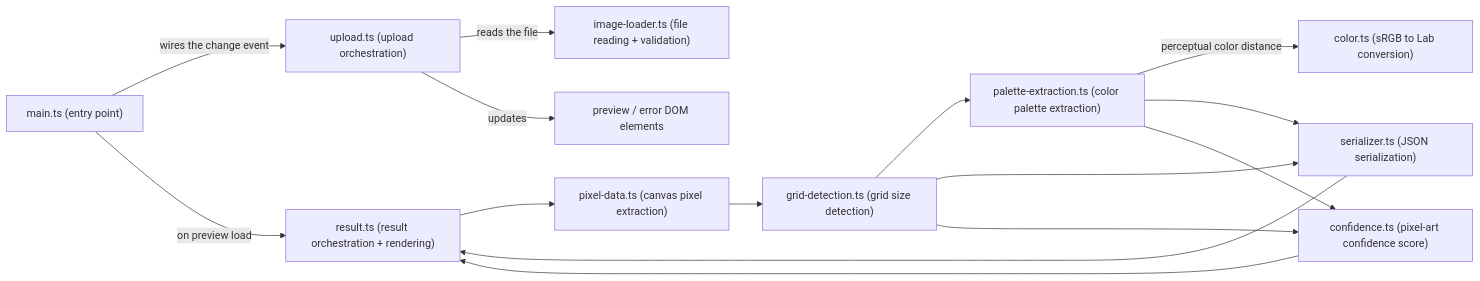
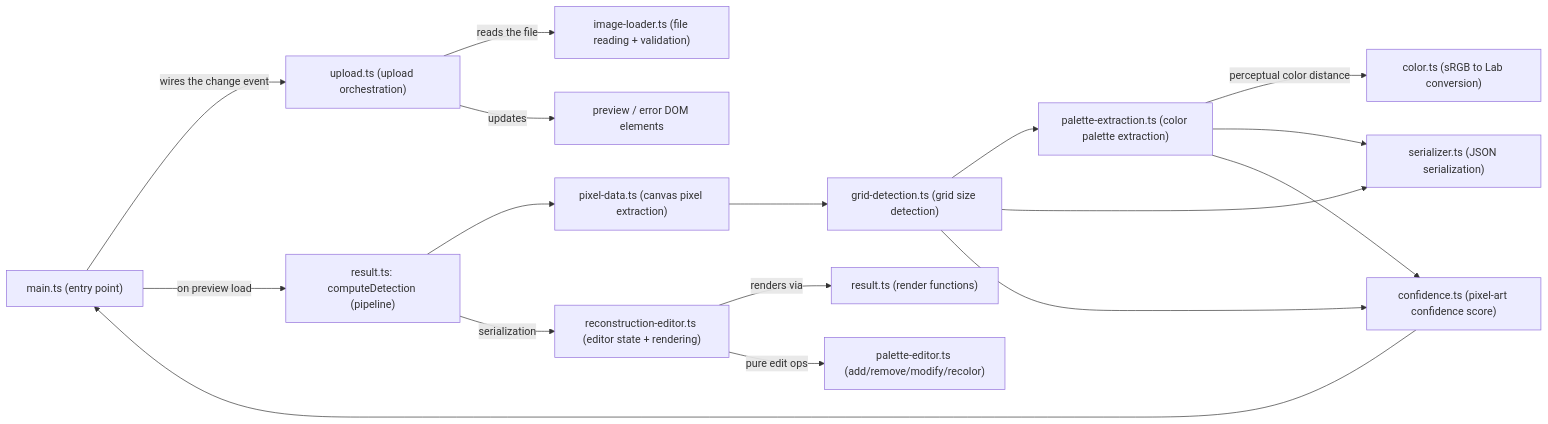
The diagram in docs/architecture.md (neolao/pixel-art-serializer), drawn with Mermaid before and after one commit. The commit also changed other lines of this file and 26 other files, not shown here.

First line of the commit message:
feat: manually correct the reconstruction via palette and pixel editing

````diff
--- a/docs/architecture.md
+++ b/docs/architecture.md
@@ -7,17 +7,19 @@
 ```mermaid
 flowchart LR
     main["main.ts (entry point)"] -->|wires the change event| upload["upload.ts (upload orchestration)"]
     upload -->|reads the file| loader["image-loader.ts (file reading + validation)"]
     upload -->|updates| dom["preview / error DOM elements"]
-    main -->|on preview load| result["result.ts (result orchestration + rendering)"]
-    result --> pixeldata["pixel-data.ts (canvas pixel extraction)"]
+    main -->|on preview load| computeDetection["result.ts: computeDetection (pipeline)"]
+    computeDetection --> pixeldata["pixel-data.ts (canvas pixel extraction)"]
     pixeldata --> griddetect["grid-detection.ts (grid size detection)"]
     griddetect --> palette["palette-extraction.ts (color palette extraction)"]
     palette -->|perceptual color distance| color["color.ts (sRGB to Lab conversion)"]
     griddetect --> serializer["serializer.ts (JSON serialization)"]
     palette --> serializer
-    serializer --> result
     griddetect --> confidence["confidence.ts (pixel-art confidence score)"]
     palette --> confidence
-    confidence --> result
+    computeDetection -->|serialization| editor["reconstruction-editor.ts (editor state + rendering)"]
+    confidence --> main
+    editor -->|renders via| result["result.ts (render functions)"]
+    editor -->|pure edit ops| paletteeditor["palette-editor.ts (add/remove/modify/recolor)"]
 ```
````
